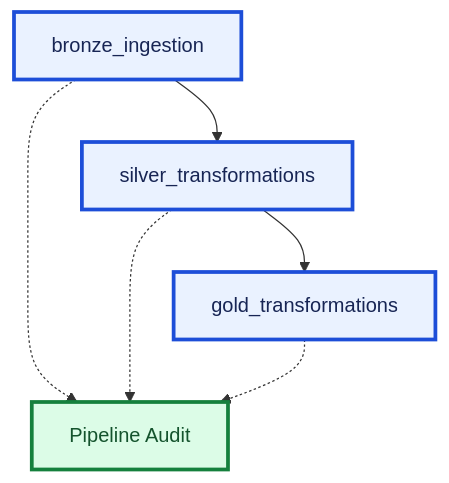
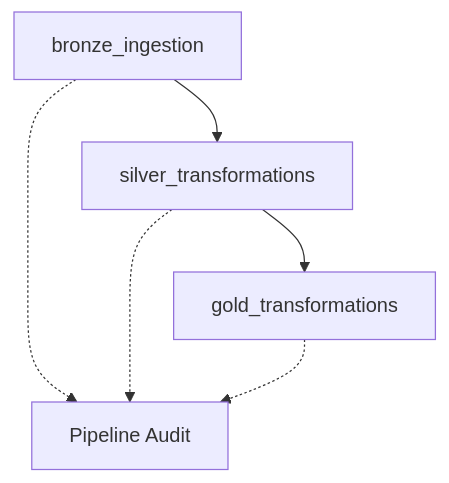
Before and after one commit to fay-cloud/databricks-ecommerce-lakehouse: the second of 2 diagrams in README.md, drawn with Mermaid. The commit also changed other lines of this file, not shown here.

````diff
--- a/README.md
+++ b/README.md
@@ -415,15 +366,8 @@
 ```mermaid
 flowchart TD
     A["bronze_ingestion"] --> B["silver_transformations"]
     B --> C["gold_transformations"]
-
     A -.-> D["Pipeline Audit"]
     B -.-> D
     C -.-> D
-
-    classDef task fill:#eaf2ff,stroke:#1d4ed8,stroke-width:3px,color:#172554
-    classDef monitoring fill:#dcfce7,stroke:#15803d,stroke-width:3px,color:#14532d
-
-    class A,B,C task
-    class D monitoring
 ```
````
